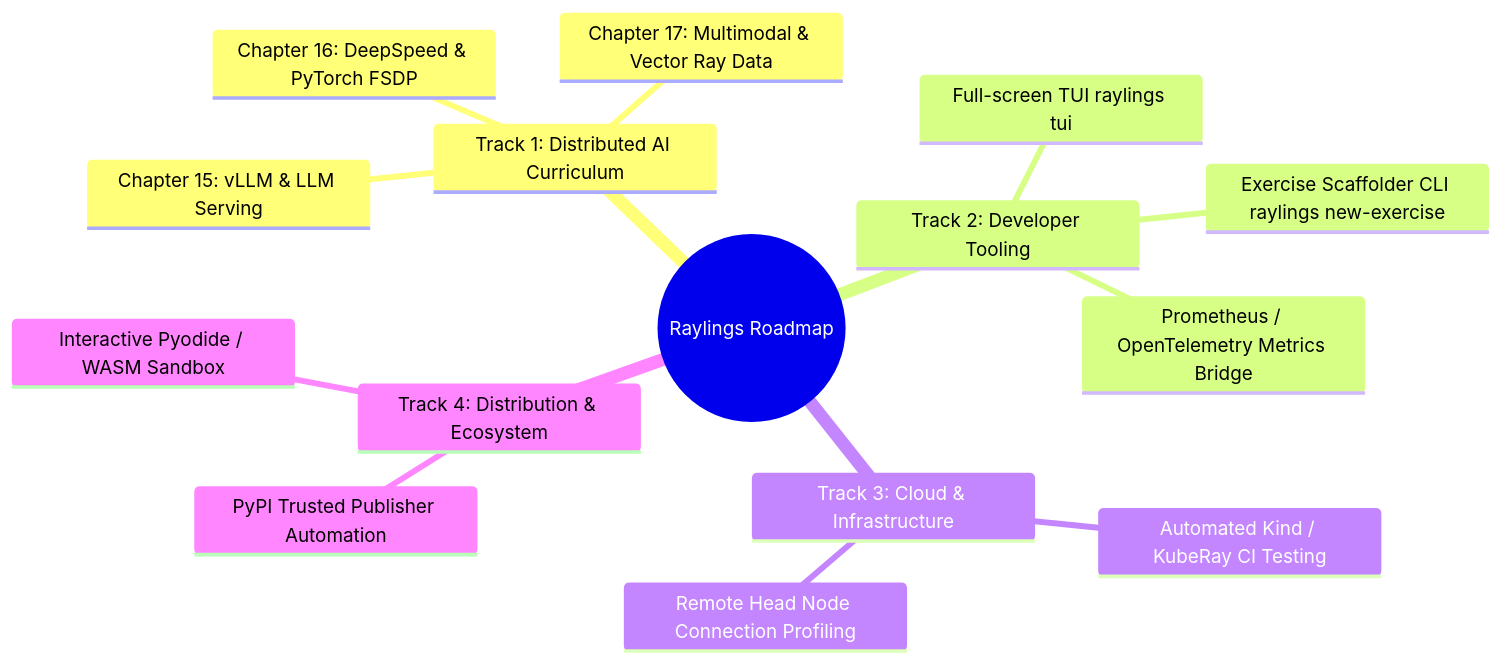
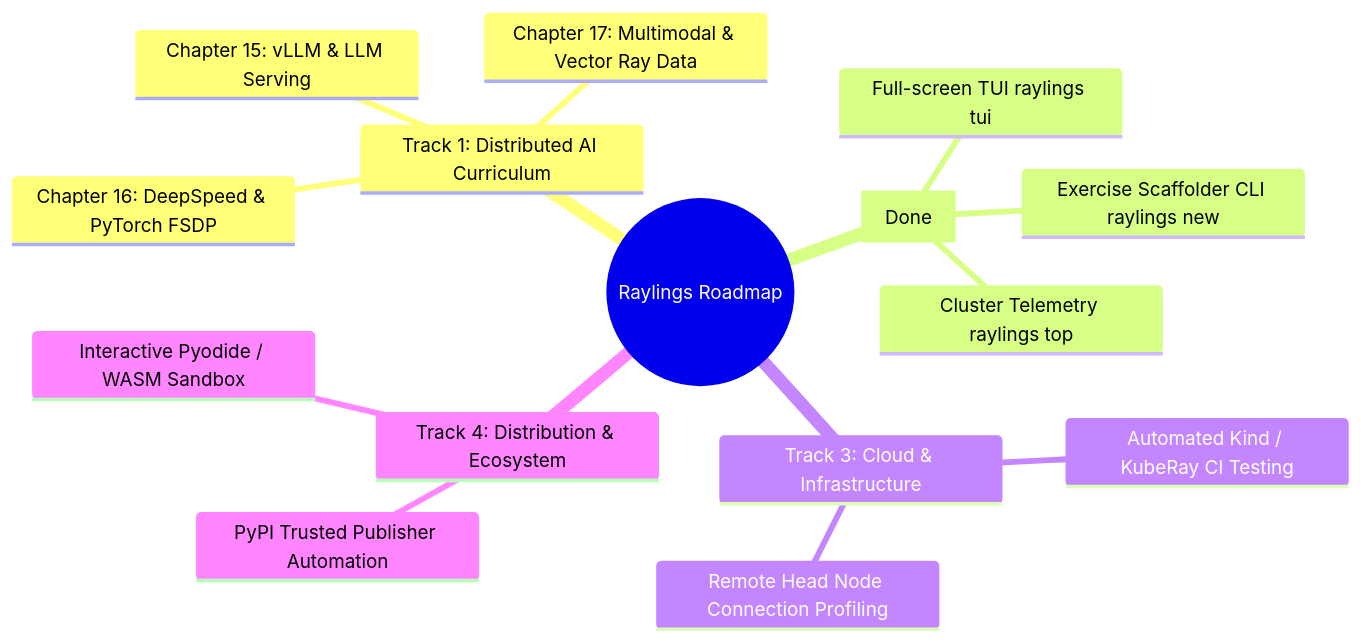
Before and after one commit to dnf0/raylings: the diagram in docs/ROADMAP.md, drawn with Mermaid. The commit also changed other lines of this file and 14 other files, not shown here.

First line of the commit message:
feat(tooling): implement full-screen split-pane TUI, real-time cluster telemetry, and exercise scaffolder CLI

````diff
--- a/docs/ROADMAP.md
+++ b/docs/ROADMAP.md
@@ -9,18 +9,18 @@
 ```mermaid
 mindmap
   root((Raylings Roadmap))
     Track 1: Distributed AI Curriculum
       Chapter 15: vLLM & LLM Serving
       Chapter 16: DeepSpeed & PyTorch FSDP
       Chapter 17: Multimodal & Vector Ray Data
-    Track 2: Developer Tooling
+    Track 2: Developer Tooling [Done]
       Full-screen TUI raylings tui
-      Exercise Scaffolder CLI raylings new-exercise
-      Prometheus / OpenTelemetry Metrics Bridge
+      Exercise Scaffolder CLI raylings new
+      Cluster Telemetry raylings top
     Track 3: Cloud & Infrastructure
       Automated Kind / KubeRay CI Testing
       Remote Head Node Connection Profiling
     Track 4: Distribution & Ecosystem
       PyPI Trusted Publisher Automation
       Interactive Pyodide / WASM Sandbox
 ```
````
